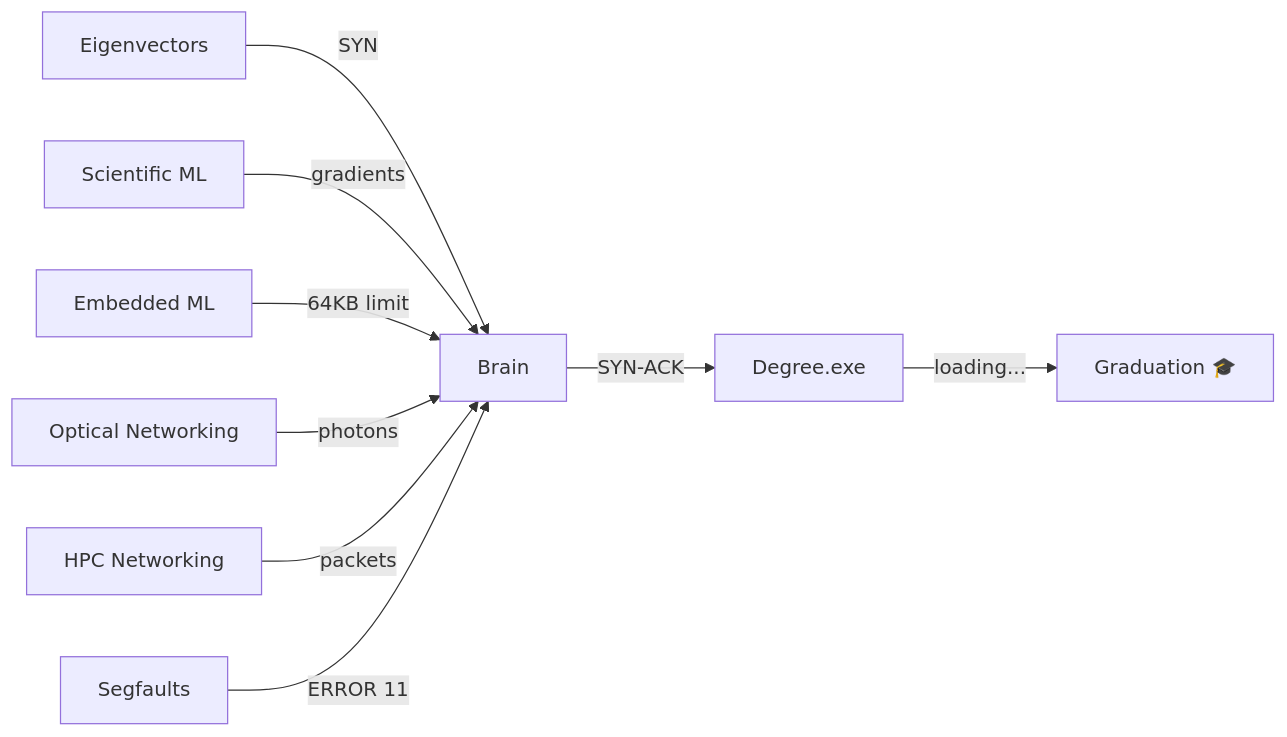
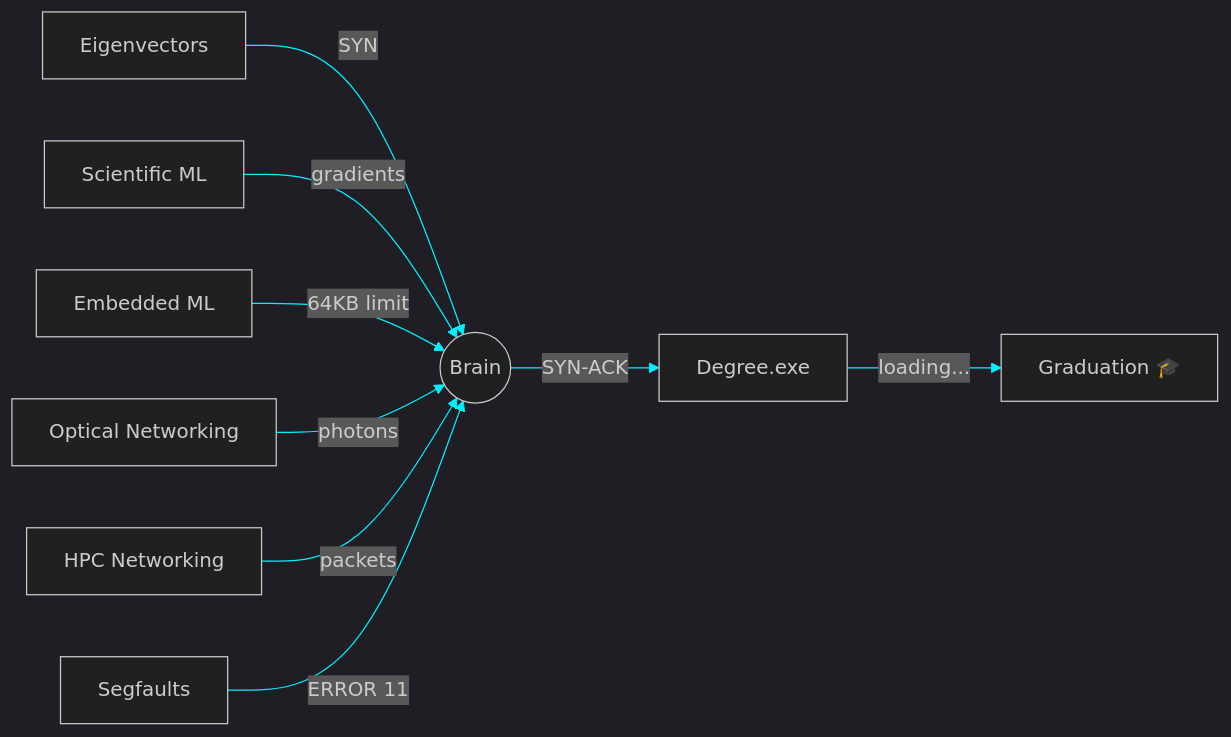
Before and after one commit to gaitsiwemathai/gaitsiwemathai: the diagram in README.md, drawn with Mermaid. The commit also changed other lines of this file, not shown here.

````diff
--- a/README.md
+++ b/README.md
@@ -112,11 +120,12 @@
 ```mermaid
+%%{init: {'theme':'dark','themeVariables':{'primaryColor':'#0E0B1F','primaryBorderColor':'#B44CFF','lineColor':'#00F0FF','primaryTextColor':'#C9D6FF','fontFamily':'monospace'}}}%%
 graph LR
-    A[Eigenvectors] -->|SYN| B[Brain]
+    A[Eigenvectors] -->|SYN| B((Brain))
     S[Scientific ML] -->|gradients| B
     T[Embedded ML] -->|64KB limit| B
     O[Optical Networking] -->|photons| B
     H[HPC Networking] -->|packets| B
     D[Segfaults] -->|ERROR 11| B
     B -->|SYN-ACK| E[Degree.exe]
     E -->|loading...| F[Graduation 🎓]
 ```
````
